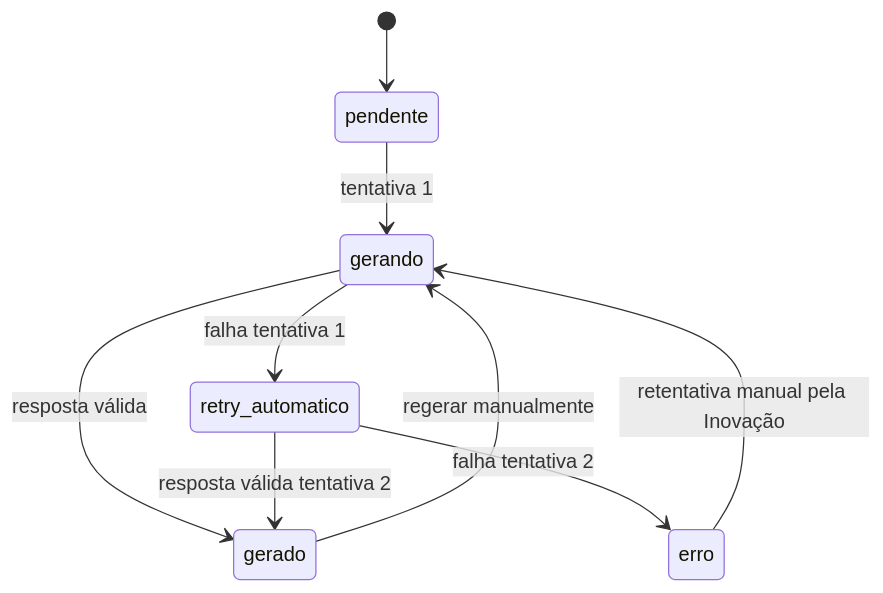
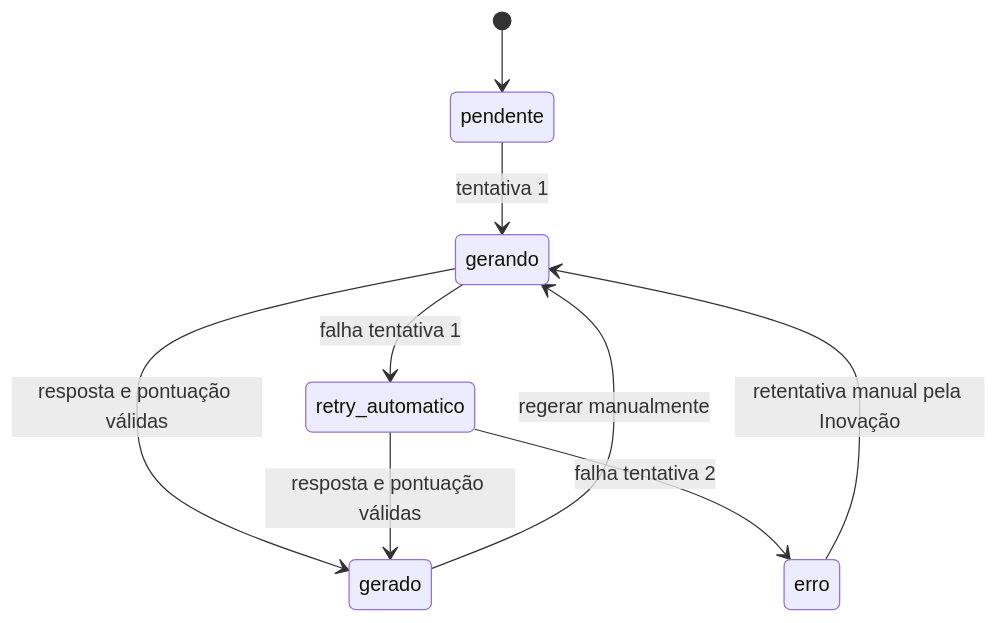
One commit to phablo-tavares/documentacao_portal_inovacao changed the third of 6 diagrams in design-tecnico-portal-inovacao.md. Above: the diagram before and after it, drawn with Mermaid. The commit also changed other lines of this file and 1 other file, not shown here.

````diff
--- a/design-tecnico-portal-inovacao.md
+++ b/design-tecnico-portal-inovacao.md
@@ -154,11 +161,11 @@
 ```mermaid
 stateDiagram-v2
   [*] --> pendente
   pendente --> gerando: tentativa 1
-  gerando --> gerado: resposta válida
+  gerando --> gerado: resposta e pontuação válidas
   gerando --> retry_automatico: falha tentativa 1
-  retry_automatico --> gerado: resposta válida tentativa 2
+  retry_automatico --> gerado: resposta e pontuação válidas
   retry_automatico --> erro: falha tentativa 2
   erro --> gerando: retentativa manual pela Inovação
   gerado --> gerando: regerar manualmente
 ```
````
